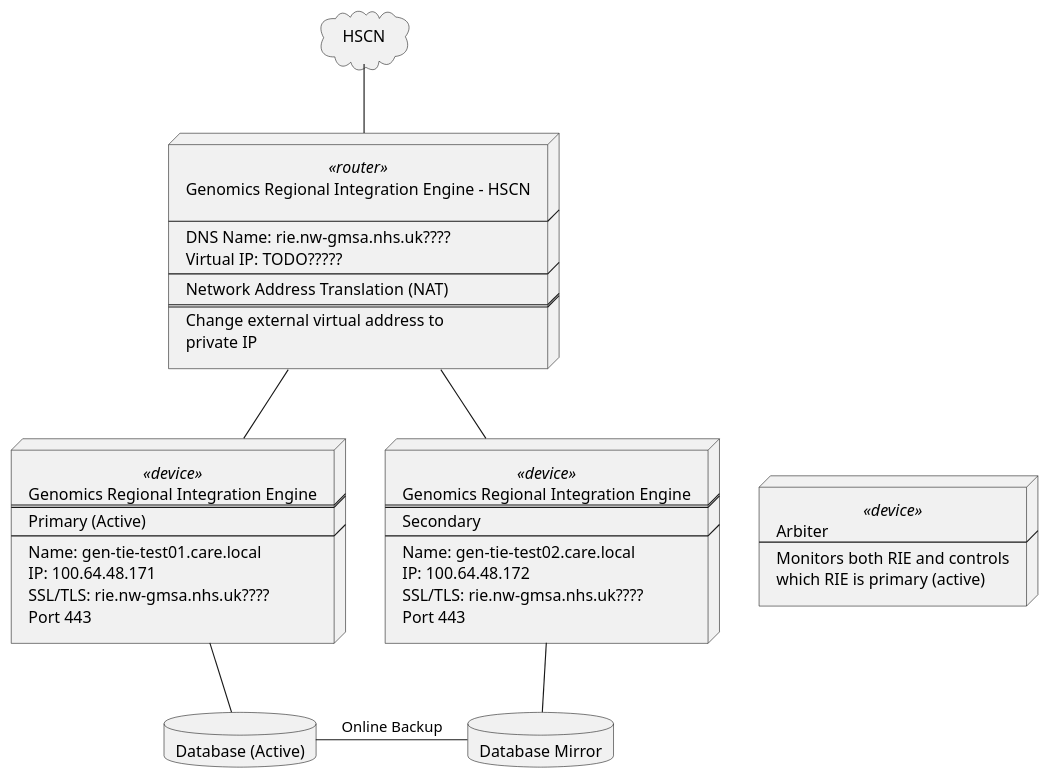
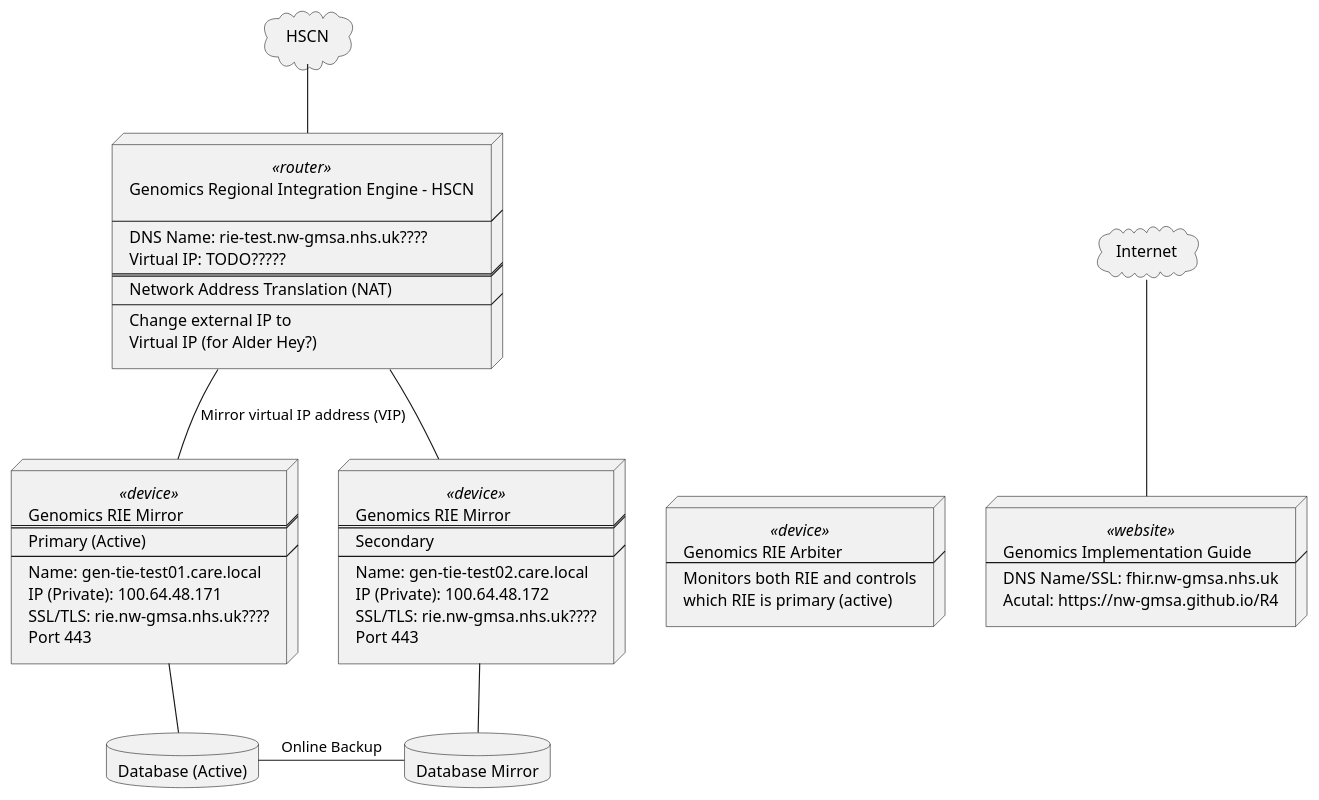
Before and after one commit to nw-gmsa/nw-gmsa.github.com: the diagram in input/images-source/deployment.plantuml, drawn with PlantUML.

Commit message:
Removal of draft wording

```diff
--- a/input/images-source/deployment.plantuml
+++ b/input/images-source/deployment.plantuml
@@ -1,70 +1,81 @@
 @startuml
 
 cloud HSCN [
 HSCN
 ]
 
+cloud internet [
+Internet
+]
+
 node network <<router>> [
 Genomics Regional Integration Engine - HSCN
 
 ----
-DNS Name: rie.nw-gmsa.nhs.uk????
+DNS Name: rie-test.nw-gmsa.nhs.uk????
 Virtual IP: TODO?????
+====
+Network Address Translation (NAT)
 ----
-Network Address Translation (NAT)
-====
-Change external virtual address to
-private IP
+Change external IP to
+Virtual IP (for Alder Hey?)
 ]
 
 
 node tie1 <<device>> [
-Genomics Regional Integration Engine
+Genomics RIE Mirror
 ====
 Primary (Active)
 ----
 Name: gen-tie-test01.care.local
-IP: 100.64.48.171
+IP (Private): 100.64.48.171
 SSL/TLS: rie.nw-gmsa.nhs.uk????
 Port 443
 ]
 
-
 node tie2 <<device>> [
-Genomics Regional Integration Engine
+Genomics RIE Mirror
 ====
 Secondary
 ----
 Name: gen-tie-test02.care.local
-IP: 100.64.48.172
+IP (Private): 100.64.48.172
 SSL/TLS: rie.nw-gmsa.nhs.uk????
 Port 443
 ]
 
 node arbiter <<device>> [
-Arbiter
+Genomics RIE Arbiter
 ----
 Monitors both RIE and controls
 which RIE is primary (active)
+]
+
+node ig <<website>> [
+Genomics Implementation Guide
+----
+DNS Name/SSL: fhir.nw-gmsa.nhs.uk
+Acutal: https://nw-gmsa.github.io/R4
 ]
 
 database database1 [
 Database (Active)
 ]
 
 database database2 [
 Database Mirror
 ]
 
 HSCN -- network
-network -d- tie1
+internet -- ig
+network -d- tie1 : Mirror virtual IP address (VIP)
 network -d- tie2
 
 tie1 -r[hidden]- tie2
 tie2 -r[hidden]- arbiter
-
+arbiter -r[hidden]- ig
 tie1 -- database1
 database1 -r- database2: Online Backup
 tie2 -- database2
 
 @enduml
```
